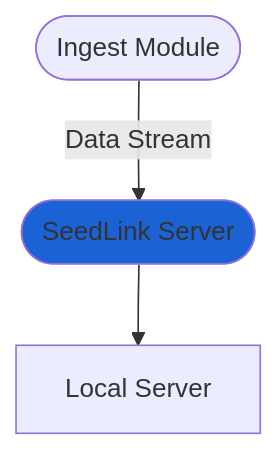
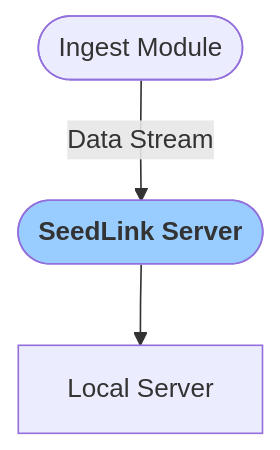
The diagram in docs/grillo-console/modules/data_management_modules/seedlink_server.md (grillo/grillo-docs), drawn with Mermaid before and after one commit. The commit also changed 38 other files, not shown here.

````diff
--- a/docs/grillo-console/modules/data_management_modules/seedlink_server.md
+++ b/docs/grillo-console/modules/data_management_modules/seedlink_server.md
@@ -9,5 +9,5 @@
 ```mermaid
 flowchart TB
-   A([Ingest Module])-->|Data Stream| Cp([SeedLink Server]) --> id1[Local Server]
-   style Cp fill:#1b62d4
+   A([Ingest Module])-->|Data Stream| Cp([<font color=333333><b>SeedLink Server</b>]) --> id1[Local Server]
+   style Cp fill:#99CCFF
 ```
````
